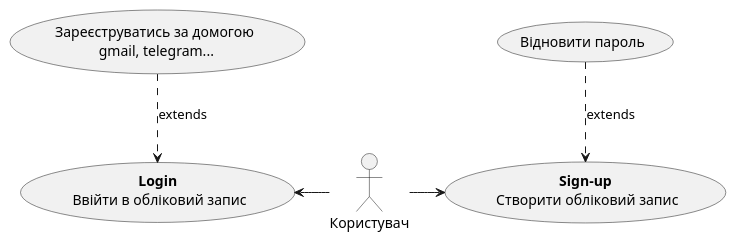
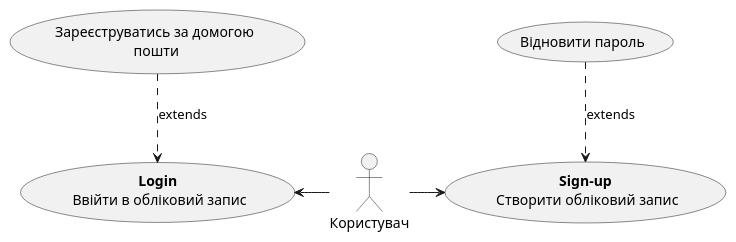
One commit to kujo205/db_labs changed the second of 12 diagrams in docs/use cases/README.md. Above: the diagram before and after it, drawn with PlantUML. The commit also changed other lines of this file, not shown here.

```diff
--- a/docs/use cases/README.md
+++ b/docs/use cases/README.md
@@ -51,19 +51,19 @@
 @startuml
 
     skinparam noteFontColor white
 
     actor "Користувач" as User 
   
     usecase "<b>Sign-up</b>\n Створити обліковий запис" as Signup
     usecase "<b>Login</b>\n Ввійти в обліковий запис" as Login 
 
     usecase "Відновити пароль" as RP
-    usecase "Зареєструватись за домогою\n gmail, telegram..." as MA
+    usecase "Зареєструватись за домогою\n пошти" as MA
   
     User -l-> Login
     User -r-> Signup
 
     Signup <.u. RP:extends
     Login <.u. MA:extends
 
 @enduml
```
